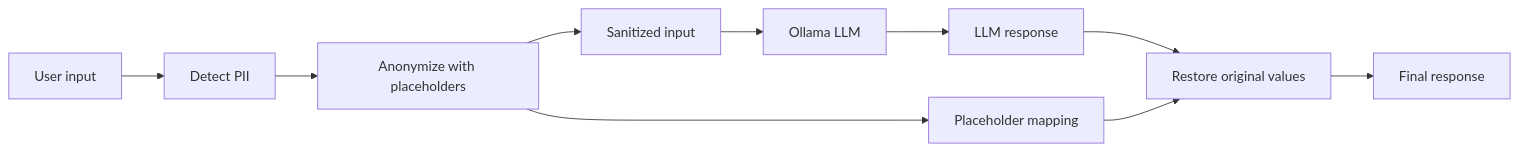
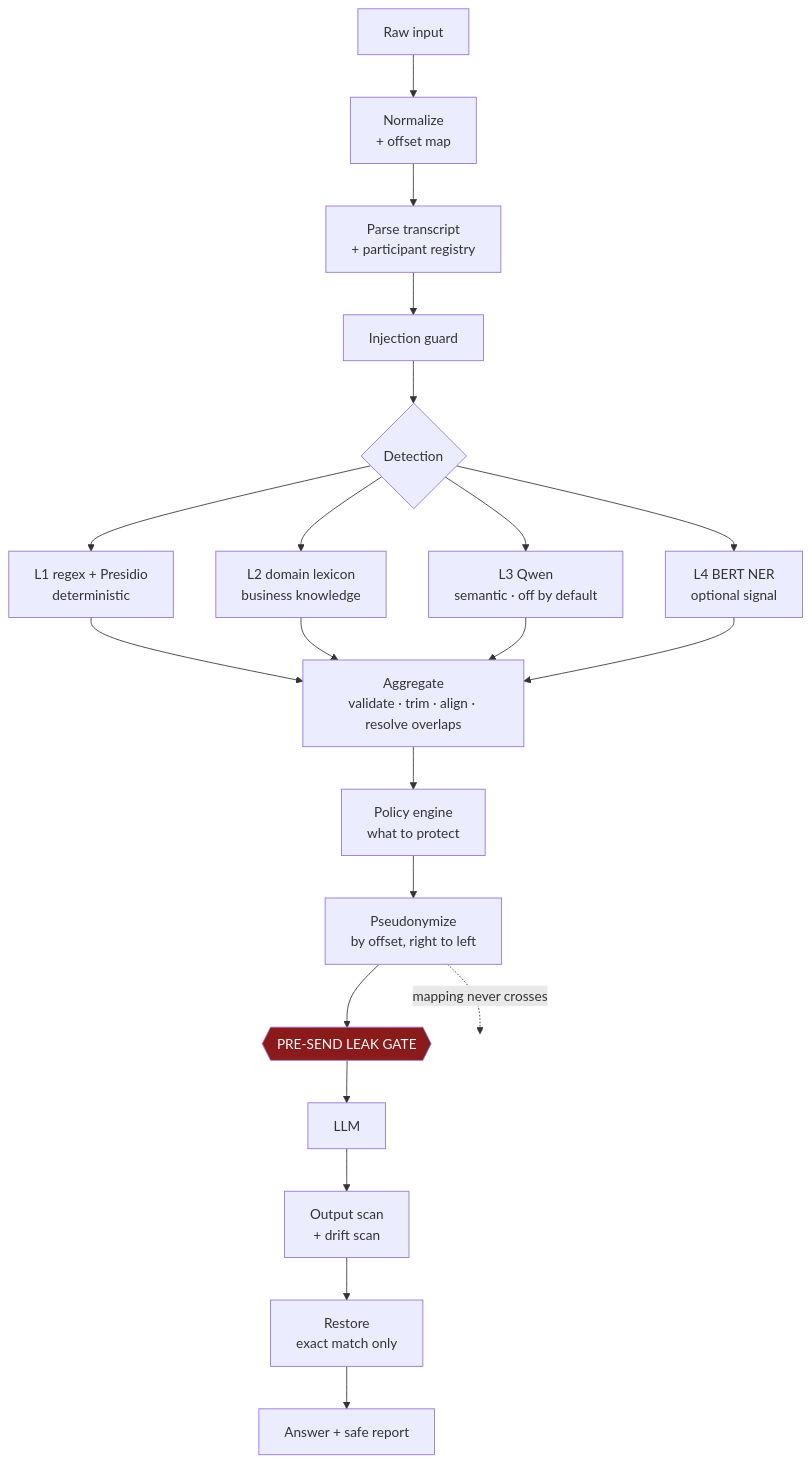
One commit to Ahmed-Maher77/LLM-Privacy-Gateway___PII-De-identification-and-Re-identification changed the diagram in README.md. Above: the diagram before and after it, drawn with Mermaid. The commit also changed other lines of this file and 23 other files, not shown here.

````diff
--- a/README.md
+++ b/README.md
@@ -10,12 +61,22 @@
 ```mermaid
-flowchart LR
-  A[User input] --> B[Detect PII]
-  B --> C[Anonymize with placeholders]
-  C --> D[Sanitized input]
-  C --> E[Placeholder mapping]
-  D --> F[Ollama LLM]
-  F --> G[LLM response]
-  G --> H[Restore original values]
-  E --> H
-  H --> I[Final response]
+flowchart TD
+    A[Raw input] --> B[Normalize<br/>+ offset map]
+    B --> C[Parse transcript<br/>+ participant registry]
+    C --> D[Injection guard]
+    D --> E{Detection}
+    E --> L1[L1 regex + Presidio<br/>deterministic]
+    E --> L2[L2 domain lexicon<br/>business knowledge]
+    E --> L3[L3 Qwen<br/>semantic · off by default]
+    E --> L4[L4 BERT NER<br/>optional signal]
+    L1 & L2 & L3 & L4 --> F[Aggregate<br/>validate · trim · align · resolve overlaps]
+    F --> G[Policy engine<br/>what to protect]
+    G --> H[Pseudonymize<br/>by offset, right to left]
+    H --> I{{PRE-SEND LEAK GATE}}
+    I --> J[LLM]
+    J --> K[Output scan<br/>+ drift scan]
+    K --> M[Restore<br/>exact match only]
+    M --> N[Answer + safe report]
+    H -.->|mapping never crosses| X[( )]
+    style I fill:#8b1a1a,color:#fff
+    style X fill:none,stroke:none
 ```
````
